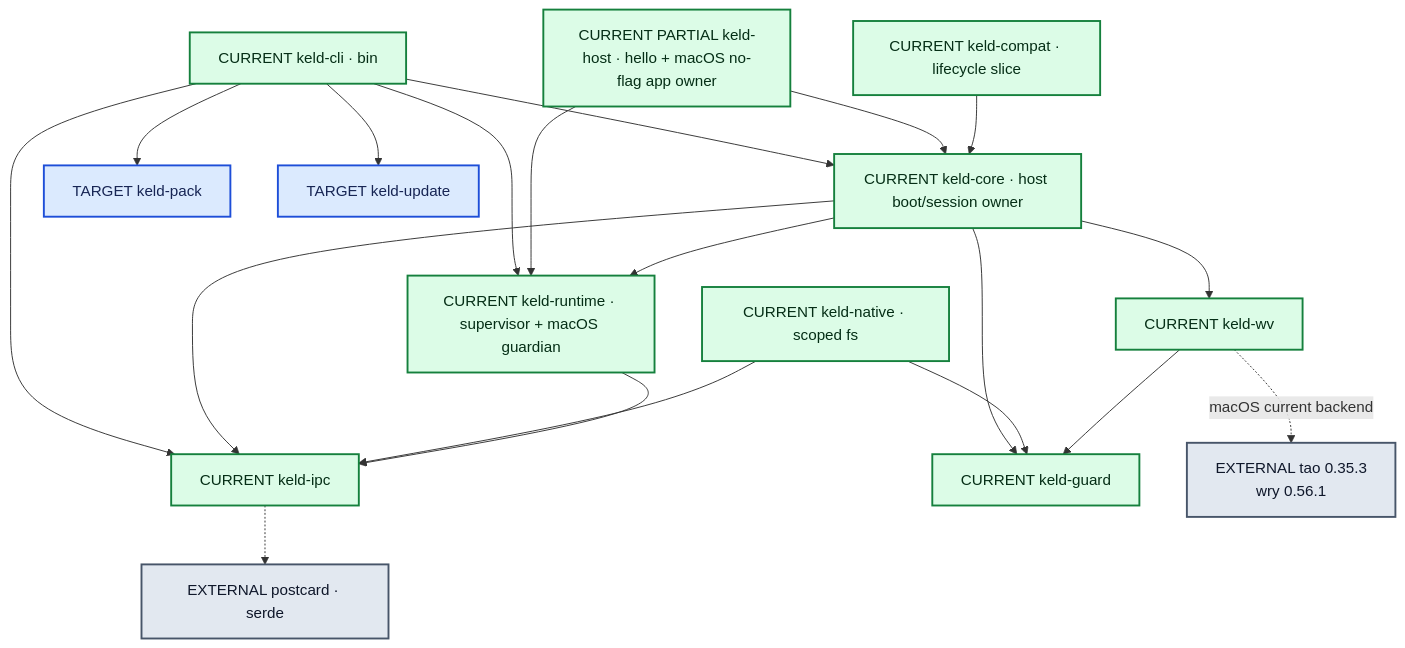
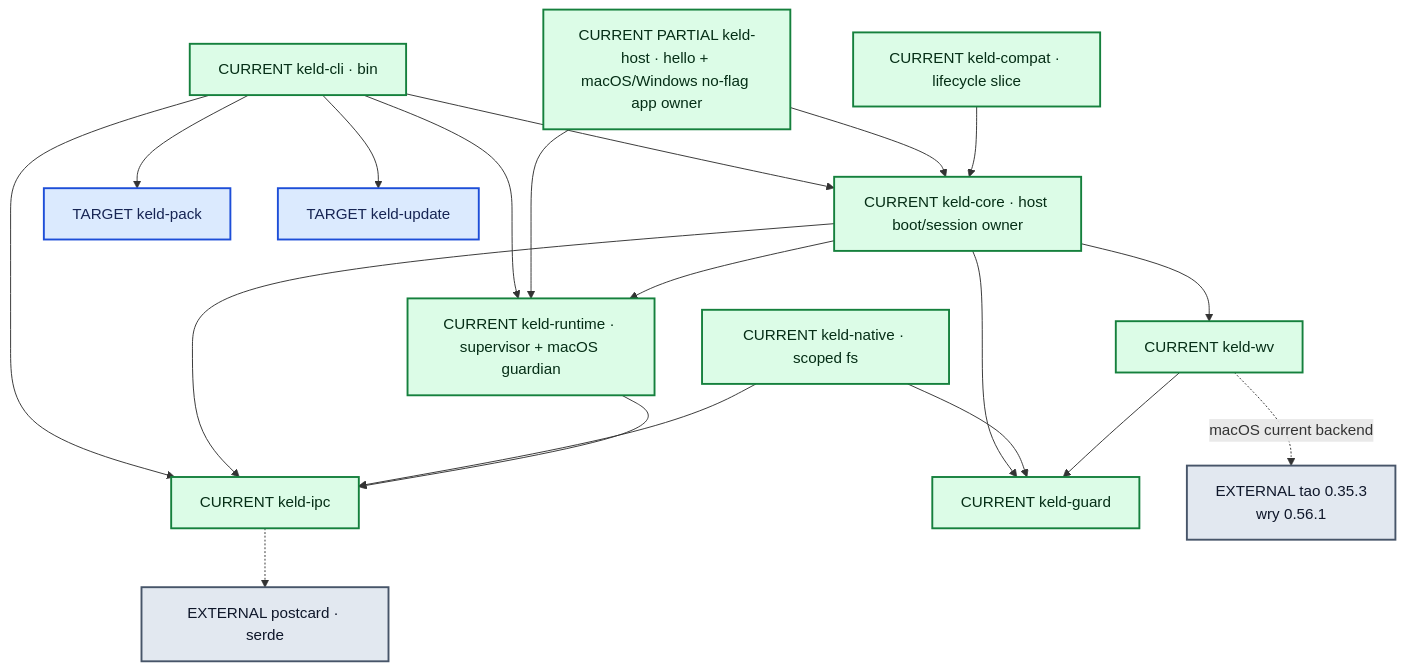
The third of 3 diagrams in docs/onboarding/02-architecture-guide.md (gyldlab/keld), drawn with Mermaid before and after one commit. The commit also changed other lines of this file and 34 other files, not shown here.

First line of the commit message:
feat(host): add Windows no-flag app session (#122)

````diff
--- a/docs/onboarding/02-architecture-guide.md
+++ b/docs/onboarding/02-architecture-guide.md
@@ -335,38 +336,38 @@
 ```mermaid
 flowchart TD
     accTitle: Current Keld crate dependency graph
     accDescr {
       The diagram shows current declared workspace dependencies. Green current nodes
       have live behavior, blue target nodes remain skeletons or are not yet reached by
       the host; the graph is an onboarding map, not a product-completeness claim.
     }
 
     cli["CURRENT keld-cli · bin"] --> core
     cli --> ipc
     cli --> runtime
     cli --> pack["TARGET keld-pack"]
     cli --> update["TARGET keld-update"]
-    host["CURRENT PARTIAL keld-host · hello + macOS no-flag app owner"] --> core
+    host["CURRENT PARTIAL keld-host · hello + macOS/Windows no-flag app owner"] --> core
     host --> runtime
     compat["CURRENT keld-compat · lifecycle slice"] --> core
     core["CURRENT keld-core · host boot/session owner"] --> ipc["CURRENT keld-ipc"]
     core --> guard["CURRENT keld-guard"]
     core --> runtime
     core --> wv["CURRENT keld-wv"]
     native["CURRENT keld-native · scoped fs"] --> guard
     native --> ipc
     runtime["CURRENT keld-runtime · supervisor + macOS guardian"] --> ipc
     wv --> guard
     wv -.->|macOS current backend| ext["EXTERNAL tao 0.35.3<br/>wry 0.56.1"]
     ipc -.-> pc["EXTERNAL postcard · serde"]
 
     classDef current fill:#dcfce7,stroke:#15803d,color:#052e16,stroke-width:2px
     classDef target fill:#dbeafe,stroke:#1d4ed8,color:#172554,stroke-width:2px
     classDef showcase fill:#f3e8ff,stroke:#7e22ce,color:#3b0764,stroke-width:2px,stroke-dasharray:5 3
     classDef gate fill:#fef3c7,stroke:#b45309,color:#451a03,stroke-width:2px
     classDef external fill:#e2e8f0,stroke:#475569,color:#0f172a,stroke-width:2px
     classDef denied fill:#fee2e2,stroke:#b91c1c,color:#450a0a,stroke-width:2px
     class cli,compat,core,ipc,guard,wv,native,runtime,host current
     class pack,update target
     class ext,pc external
 ```
````
